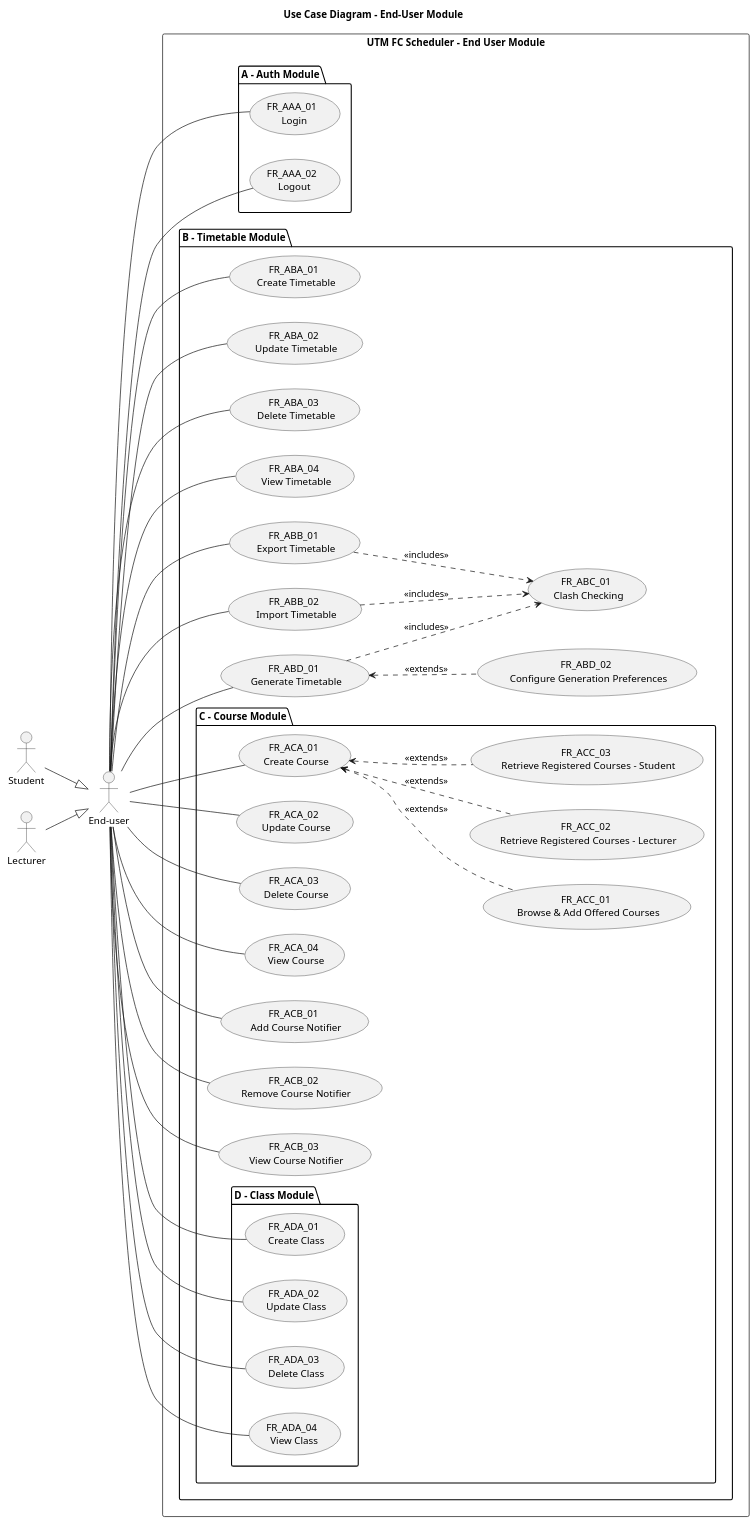
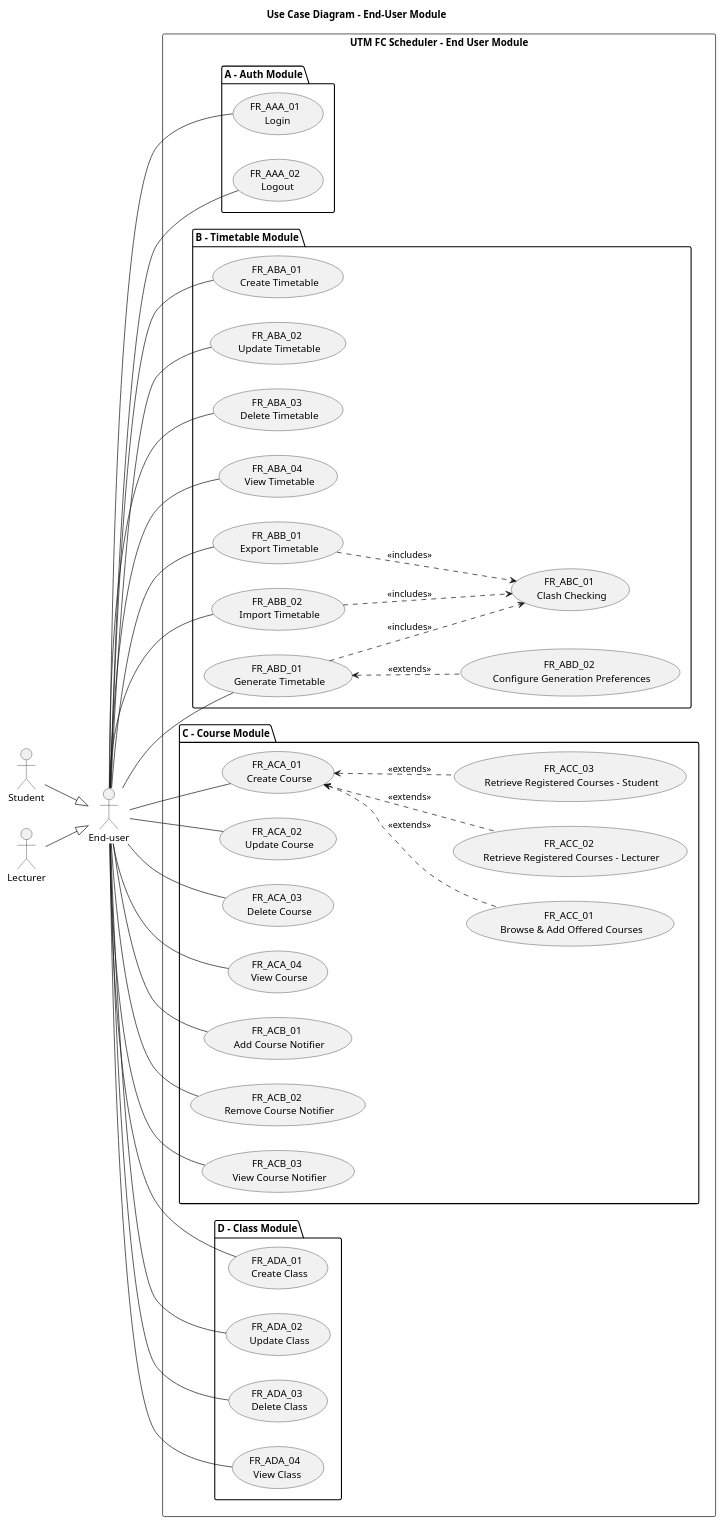
The diagram in use-case/end-user.plantuml (AdmiJW/UTM-FC-Scheduler-UML), drawn with PlantUML before and after one commit. The commit also changed 27 other files, not shown here.

```diff
--- a/use-case/end-user.plantuml
+++ b/use-case/end-user.plantuml
@@ -1,106 +1,106 @@
 @startuml Use Case Diagram - End-User Module
 
 title Use Case Diagram - End-User Module
 left to right direction
 
 ' Use case ID format: FR_ABC_00
 ' FR: Functional Requirement
 ' A: Module. A for End-User, B for Academic Office Staff
 ' B: Sub-module
 ' C: Sub-module group
 ' 00: Use case number
 
 
 ' Actors
 "End-user" as EU
 Student --|> EU
 Lecturer --|> EU
 
 
 ' Use Cases
 rectangle "UTM FC Scheduler - End User Module" {
-package "A - Auth Module" {
-    usecase (FR_AAA_01 \n Login) as FR_AAA_01
-    usecase (FR_AAA_02 \n Logout) as FR_AAA_02
-}
+    package "A - Auth Module" {
+        usecase (FR_AAA_01 \n Login) as FR_AAA_01
+        usecase (FR_AAA_02 \n Logout) as FR_AAA_02
+    }
 
 
-package "B - Timetable Module" {
-    ' CRUD Timetable operation
-    usecase (FR_ABA_01 \n Create Timetable) as FR_ABA_01
-    usecase (FR_ABA_02 \n Update Timetable) as FR_ABA_02
-    usecase (FR_ABA_03 \n Delete Timetable) as FR_ABA_03
-    usecase (FR_ABA_04 \n View Timetable) as FR_ABA_04
+    package "B - Timetable Module" {
+        ' CRUD Timetable operation
+        usecase (FR_ABA_01 \n Create Timetable) as FR_ABA_01
+        usecase (FR_ABA_02 \n Update Timetable) as FR_ABA_02
+        usecase (FR_ABA_03 \n Delete Timetable) as FR_ABA_03
+        usecase (FR_ABA_04 \n View Timetable) as FR_ABA_04
 
-    usecase (FR_ABB_01 \n Export Timetable) as FR_ABB_01
-    usecase (FR_ABB_02 \n Import Timetable) as FR_ABB_02
+        usecase (FR_ABB_01 \n Export Timetable) as FR_ABB_01
+        usecase (FR_ABB_02 \n Import Timetable) as FR_ABB_02
 
-    usecase (FR_ABC_01 \n Clash Checking) as FR_ABC_01
+        usecase (FR_ABC_01 \n Clash Checking) as FR_ABC_01
 
-    usecase (FR_ABD_01 \n Generate Timetable) as FR_ABD_01
-    usecase (FR_ABD_02 \n Configure Generation Preferences) as FR_ABD_02
+        usecase (FR_ABD_01 \n Generate Timetable) as FR_ABD_01
+        usecase (FR_ABD_02 \n Configure Generation Preferences) as FR_ABD_02
+    }
 
 
 
     package "C - Course Module" {
         ' CRUD Course operation
         usecase (FR_ACA_01 \n Create Course) as FR_ACA_01
         usecase (FR_ACA_02 \n Update Course) as FR_ACA_02
         usecase (FR_ACA_03 \n Delete Course) as FR_ACA_03
         usecase (FR_ACA_04 \n View Course) as FR_ACA_04
 
         ' CRUD Course Notifier operation
         usecase (FR_ACB_01 \n Add Course Notifier) as FR_ACB_01
         usecase (FR_ACB_02 \n Remove Course Notifier) as FR_ACB_02
         usecase (FR_ACB_03 \n View Course Notifier) as FR_ACB_03
 
         ' Alternative add course operation
         usecase (FR_ACC_01 \n Browse & Add Offered Courses) as FR_ACC_01
         usecase (FR_ACC_02 \n Retrieve Registered Courses - Lecturer) as FR_ACC_02
         usecase (FR_ACC_03 \n Retrieve Registered Courses - Student) as FR_ACC_03
+    }
 
-
-        package "D - Class Module" {
-            ' CRUD Class operation
-            usecase (FR_ADA_01 \n Create Class) as FR_ADA_01
-            usecase (FR_ADA_02 \n Update Class) as FR_ADA_02
-            usecase (FR_ADA_03 \n Delete Class) as FR_ADA_03
-            usecase (FR_ADA_04 \n View Class) as FR_ADA_04
-        }
+    
+    package "D - Class Module" {
+        ' CRUD Class operation
+        usecase (FR_ADA_01 \n Create Class) as FR_ADA_01
+        usecase (FR_ADA_02 \n Update Class) as FR_ADA_02
+        usecase (FR_ADA_03 \n Delete Class) as FR_ADA_03
+        usecase (FR_ADA_04 \n View Class) as FR_ADA_04
     }
-}
 }
 
 ' Associations
 EU -- FR_AAA_01
 EU -- FR_AAA_02
 
 EU -- FR_ABA_01
 EU -- FR_ABA_02
 EU -- FR_ABA_03
 EU -- FR_ABA_04
 EU -- FR_ABB_01
 EU -- FR_ABB_02
 FR_ABB_01 ..> FR_ABC_01 : <<includes>>
 FR_ABB_02 ..> FR_ABC_01 : <<includes>>
 EU -- FR_ABD_01
 FR_ABD_01 <.. FR_ABD_02 : <<extends>>
 FR_ABD_01 ..> FR_ABC_01 : <<includes>>
 
 EU -- FR_ACA_01
 EU -- FR_ACA_02
 EU -- FR_ACA_03
 EU -- FR_ACA_04
 EU -- FR_ACB_01
 EU -- FR_ACB_02
 EU -- FR_ACB_03
 FR_ACA_01 <.. FR_ACC_01 : <<extends>>
 FR_ACA_01 <.. FR_ACC_02 : <<extends>>
 FR_ACA_01 <.. FR_ACC_03 : <<extends>>
 
 EU -- FR_ADA_01
 EU -- FR_ADA_02
 EU -- FR_ADA_03
 EU -- FR_ADA_04
 
 @enduml
```
